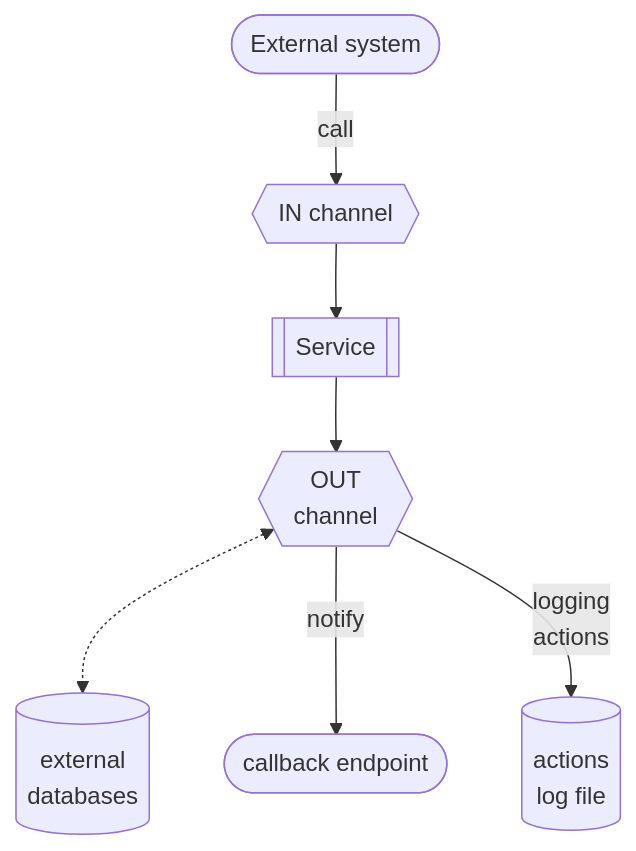
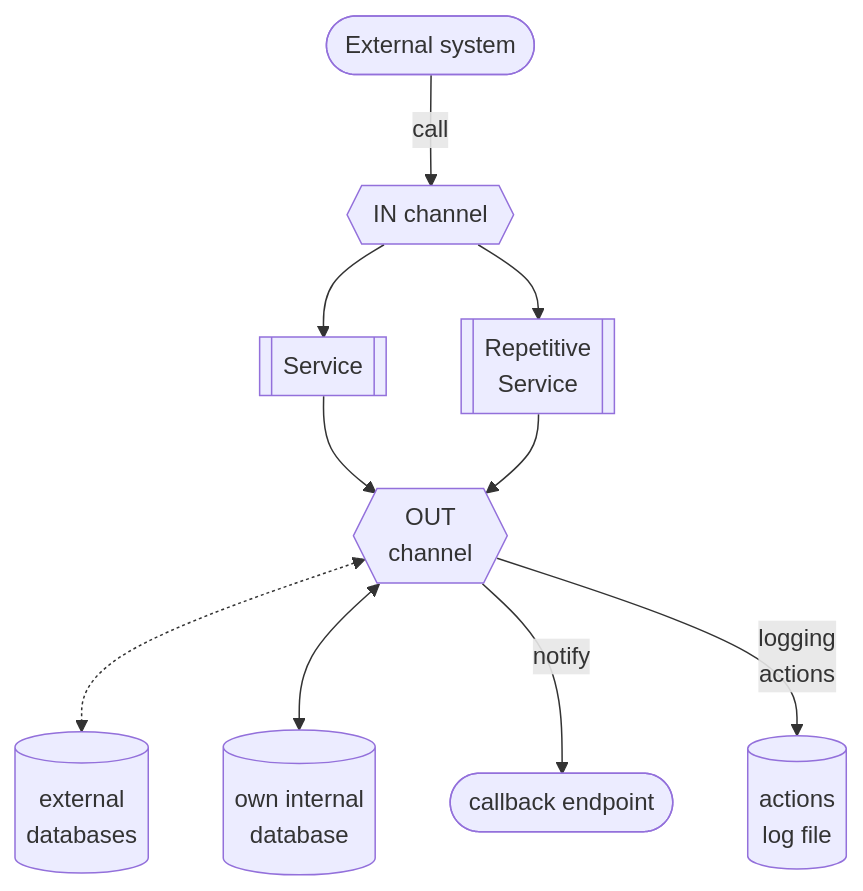
One commit to petre-renware/arint changed the diagram in doc_src/810-DSGN/130.02-Overview.md. Above: the diagram before and after it, drawn with Mermaid. The commit also changed other lines of this file and 57 other files, not shown here.

````diff
--- a/doc_src/810-DSGN/130.02-Overview.md
+++ b/doc_src/810-DSGN/130.02-Overview.md
@@ -25,19 +25,24 @@
 ``` mermaid
 graph TD
     SRV[[Service]]
+    RSRV[[Repetitive \n Service]]
     EXT([External system])
     INCH{{IN channel}}
-    DTB[(external \n databases)]
+    EDB[(external \n databases)]
+    IDB[(own internal \n database)]
     OUTCH{{OUT \n channel}}
     CALLBCK([callback endpoint])
     LOGFILE[(actions \n log file)]
     
     EXT -->|call| INCH
     INCH --> SRV
+    INCH --> RSRV
     SRV --> OUTCH
+    RSRV --> OUTCH
     
-    OUTCH <-.-> DTB
+    OUTCH <-.-> EDB
+    OUTCH <--> IDB
     OUTCH --> |notify| CALLBCK
     OUTCH --> |logging \n actions| LOGFILE
 
 ```
````
